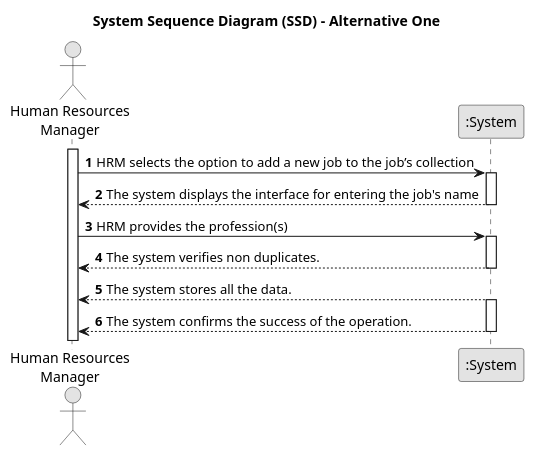
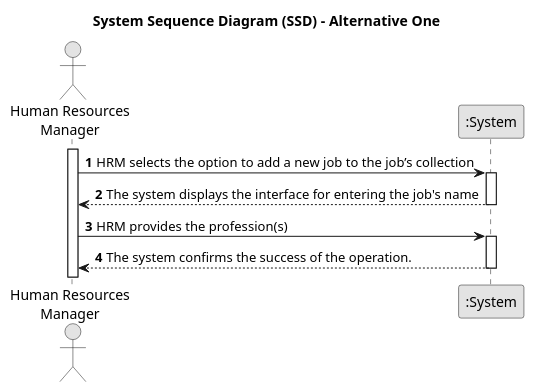
One commit to SAEmanuel/Green_Spaces_Management_ISEP changed the diagram in docs/sprintA/us002/01.requirements-engineering/puml/us002-system-sequence-diagram-alternative-one.puml. Above: the diagram before and after it, drawn with PlantUML. The commit also changed 1 other file, not shown here.

```diff
--- a/docs/sprintA/us002/01.requirements-engineering/puml/us002-system-sequence-diagram-alternative-one.puml
+++ b/docs/sprintA/us002/01.requirements-engineering/puml/us002-system-sequence-diagram-alternative-one.puml
@@ -1,36 +1,31 @@
 @startuml
 skinparam monochrome true
 skinparam packageStyle rectangle
 skinparam shadowing false
 
 title System Sequence Diagram (SSD) - Alternative One
 
 autonumber
 
 actor "Human Resources\nManager" as HRM
 participant ":System" as System
 
 activate HRM
 
 
      HRM -> System : HRM selects the option to add a new job to the job’s collection
     activate System
 
         System --> HRM : The system displays the interface for entering the job's name
     deactivate System
 
         HRM -> System : HRM provides the profession(s)
     activate System
 
-    System --> HRM : The system verifies non duplicates.
-        deactivate System
-
-    System --> HRM : The system stores all the data.
-    activate System
 
         System --> HRM : The system confirms the success of the operation.
     deactivate System
 
 
 
 @enduml
```
